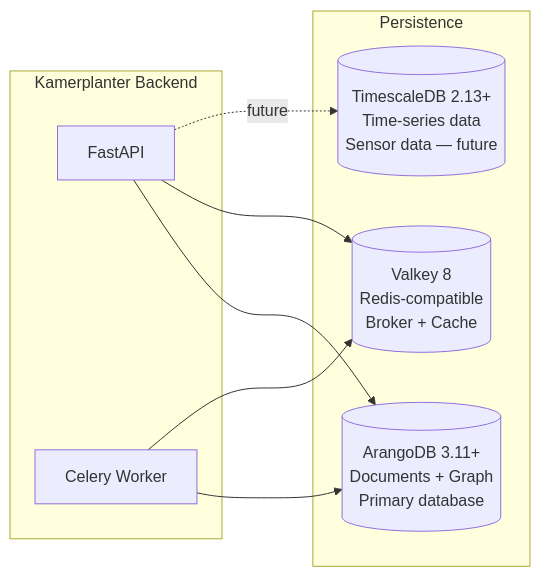
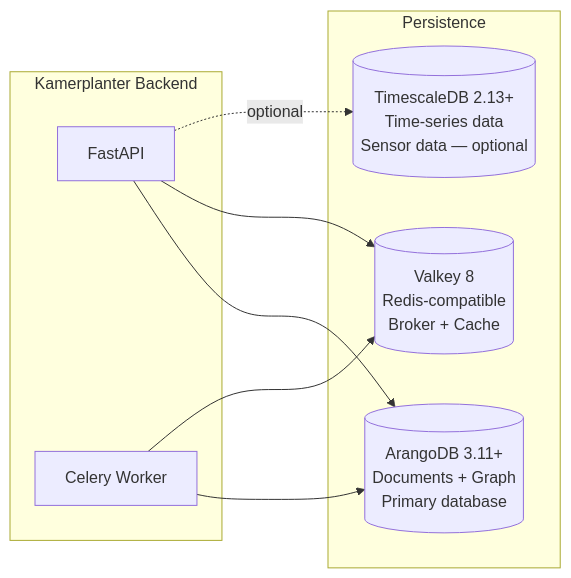
Before and after one commit to nolte/kamerplanter: the first of 2 diagrams in docs/en/architecture/database.md, drawn with Mermaid. The commit also changed other lines of this file and 671 other files, not shown here.

````diff
--- a/docs/en/architecture/database.md
+++ b/docs/en/architecture/database.md
@@ -9,19 +9,19 @@
 ```mermaid
 graph LR
     subgraph "Kamerplanter Backend"
         API["FastAPI"]
         WRK["Celery Worker"]
     end
 
     subgraph "Persistence"
         ARANGO[("ArangoDB 3.11+\nDocuments + Graph\nPrimary database")]
-        TSDB[("TimescaleDB 2.13+\nTime-series data\nSensor data — future")]
+        TSDB[("TimescaleDB 2.13+\nTime-series data\nSensor data — optional")]
         VK[("Valkey 8\nRedis-compatible\nBroker + Cache")]
     end
 
     API --> ARANGO
     API --> VK
     WRK --> ARANGO
     WRK --> VK
-    API -.->|"future"| TSDB
+    API -.->|"optional"| TSDB
 ```
````
